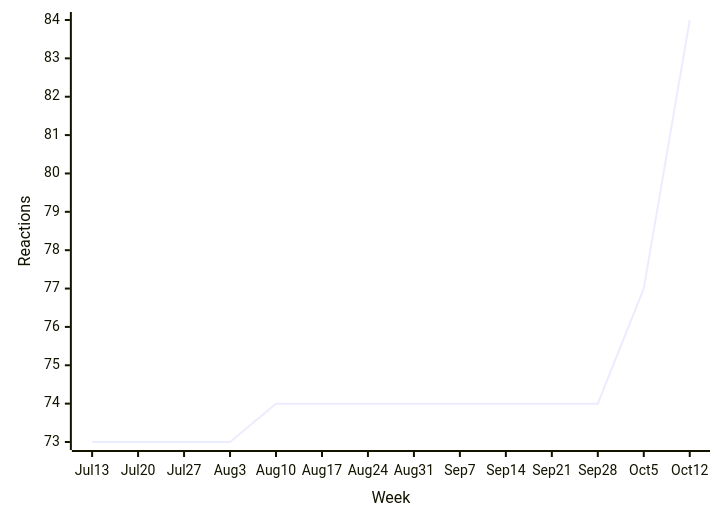
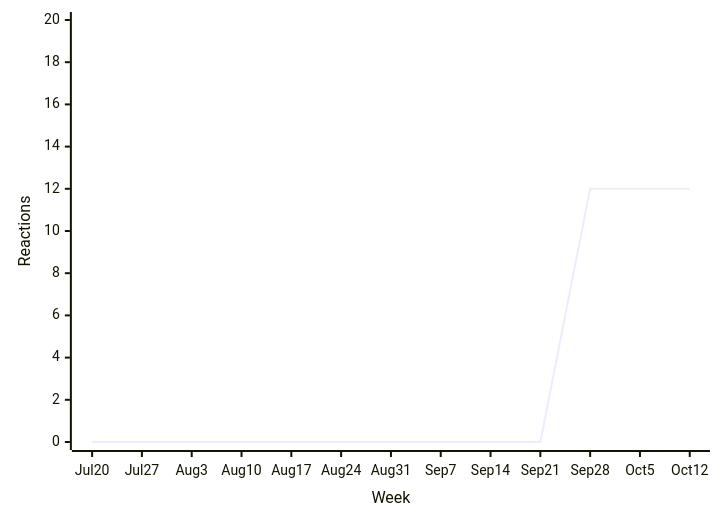
Diagram 13 of 38 in README.md (loic-sharma/github-insights), drawn with Mermaid before and after one commit. The commit also changed other lines of this file and 3 other files, not shown here.

````diff
--- a/README.md
+++ b/README.md
@@ -528,6 +528,6 @@
   ```mermaid
   xychart-beta
-    x-axis "Week" [Jul 13, Jul 20, Jul 27, Aug 3, Aug 10, Aug 17, Aug 24, Aug 31, Sep 7, Sep 14, Sep 21, Sep 28, Oct 5, Oct 12]
-    y-axis "Reactions"
-    line [73, 73, 73, 73, 74, 74, 74, 74, 74, 74, 74, 74, 77, 84]
+    x-axis "Week" [Jul 20, Jul 27, Aug 3, Aug 10, Aug 17, Aug 24, Aug 31, Sep 7, Sep 14, Sep 21, Sep 28, Oct 5, Oct 12]
+    y-axis "Reactions" 0 --> 20
+    line [0, 0, 0, 0, 0, 0, 0, 0, 0, 0, 12, 12, 12]
   ```
````
